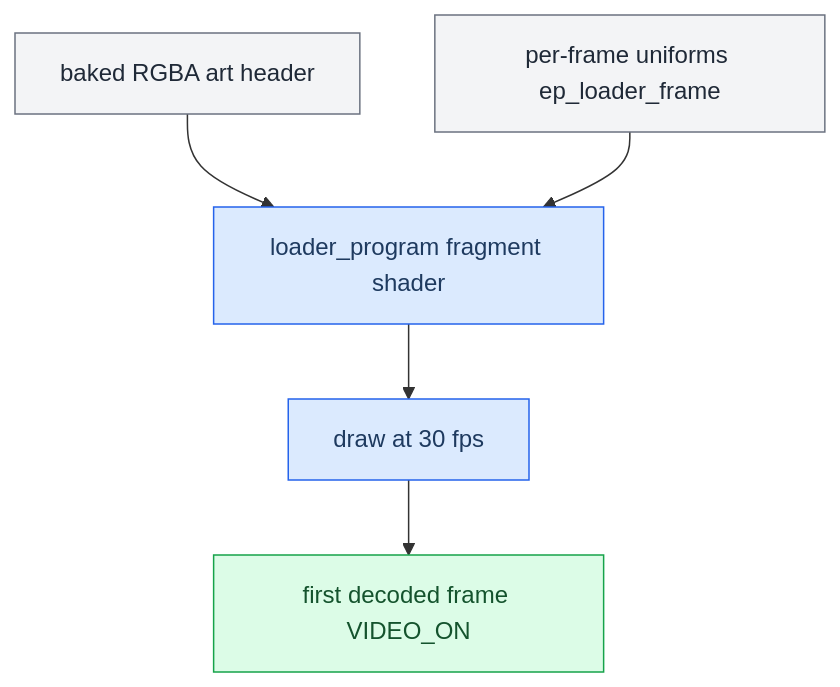
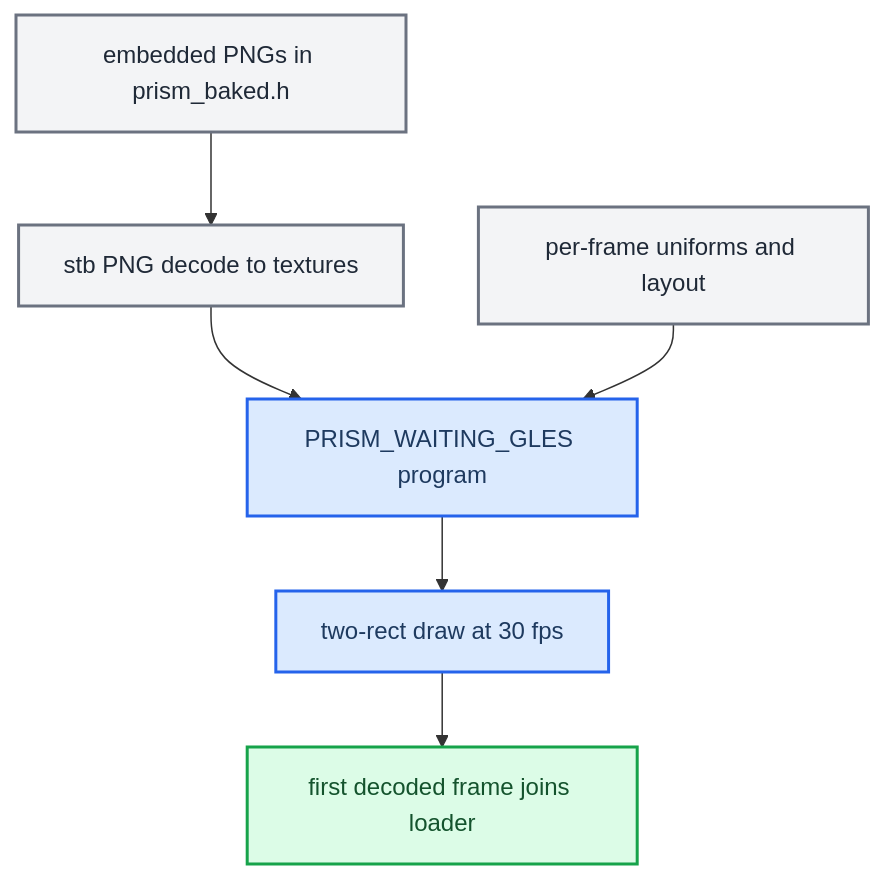
The diagram in docs-obsidian/AltScreen and Video/Cluster Loader.md (luka-dev/mib2q-carplay-rgi), drawn with Mermaid before and after one commit. The commit also changed other lines of this file and 43 other files, not shown here.

````diff
--- a/docs-obsidian/AltScreen and Video/Cluster Loader.md
+++ b/docs-obsidian/AltScreen and Video/Cluster Loader.md
@@ -22,20 +32,22 @@
 ```mermaid
 flowchart TB
-  accTitle: Cluster loader shader render and takeover
-  accDescr: Baked RGBA art and per-frame uniforms feed the loader fragment shader at thirty fps until the first decoded frame takes over.
-  assets["baked RGBA art header"]
-  uniforms["per-frame uniforms ep_loader_frame"]
-  shader["loader_program fragment shader"]
-  draw["draw at 30 fps"]
-  takeover["first decoded frame VIDEO_ON"]
-  assets --> shader
+  accTitle: PRISM loader render and takeover
+  accDescr: Embedded PNG art is decoded once, per-frame uniforms and layout feed the PRISM shader at thirty fps, and the first decoded video frame joins the loader and takes over.
+  assets["embedded PNGs in prism_baked.h"]
+  decode["stb PNG decode to textures"]
+  uniforms["per-frame uniforms and layout"]
+  shader["PRISM_WAITING_GLES program"]
+  draw["two-rect draw at 30 fps"]
+  takeover["first decoded frame joins loader"]
+  assets --> decode
+  decode --> shader
   uniforms --> shader
   shader --> draw
   draw --> takeover
-  class assets,uniforms neutral
+  classDef primary fill:#dbeafe,stroke:#2563eb,stroke-width:2px,color:#1e3a5f
+  classDef success fill:#dcfce7,stroke:#16a34a,stroke-width:2px,color:#14532d
+  classDef neutral fill:#f3f4f6,stroke:#6b7280,stroke-width:2px,color:#1f2937
+  class assets,decode,uniforms neutral
   class shader,draw primary
   class takeover success
-  classDef primary fill:#dbeafe,stroke:#2563eb,color:#1e3a5f
-  classDef success fill:#dcfce7,stroke:#16a34a,color:#14532d
-  classDef neutral fill:#f3f4f6,stroke:#6b7280,color:#1f2937
 ```
````
